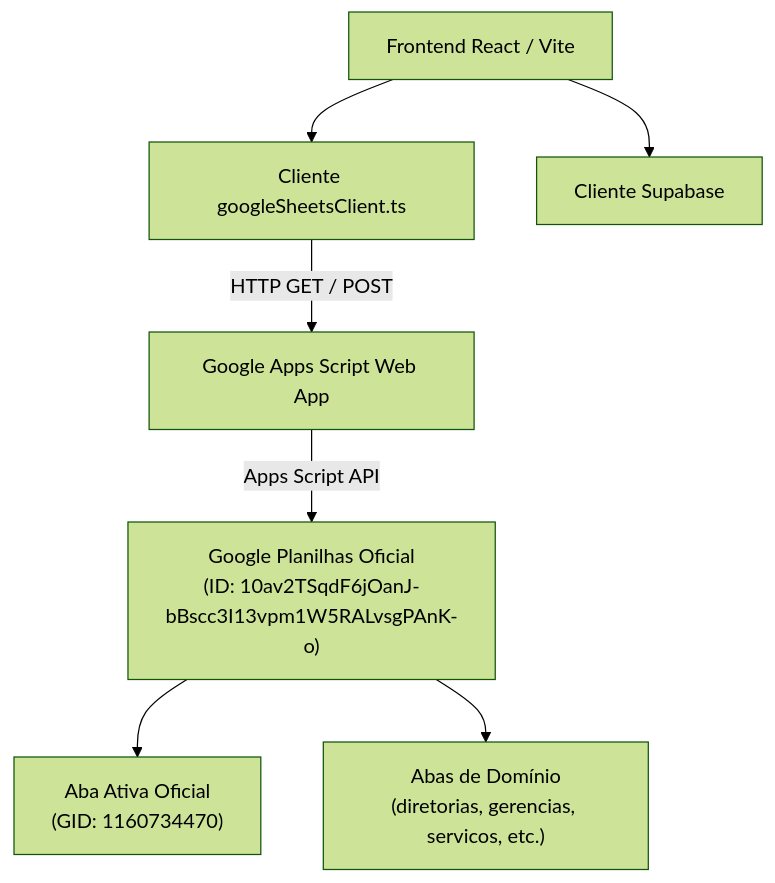
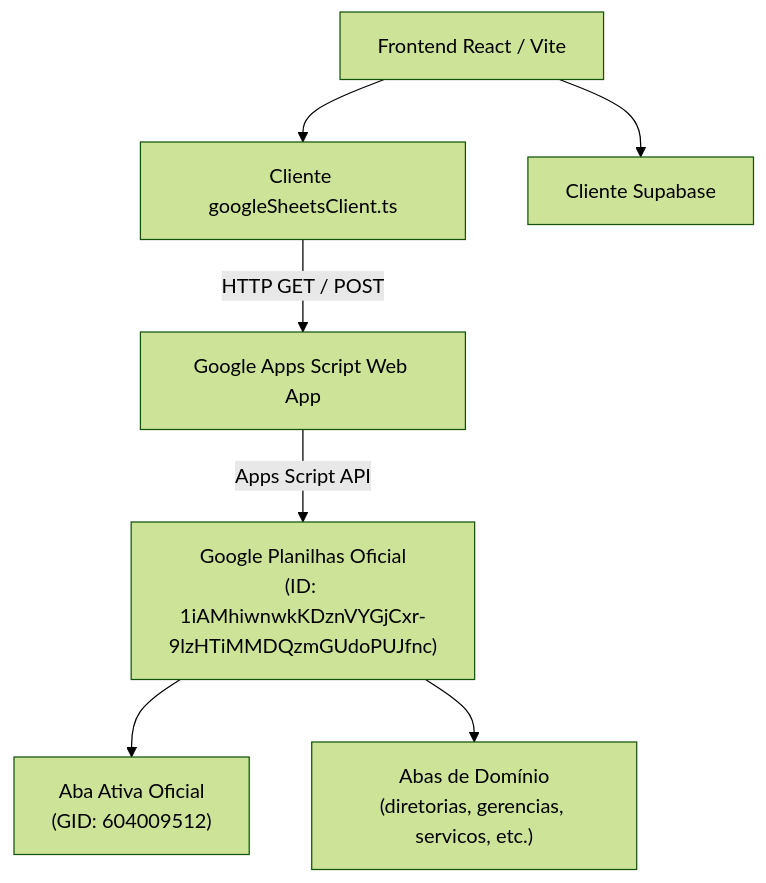
The diagram in ARQUITETURA_GOOGLE_PLANILHAS.md (lucas1994br/plano-anual-2027-oficial), drawn with Mermaid (forest theme) before and after one commit. The commit also changed other lines of this file and 6 other files, not shown here.

````diff
--- a/ARQUITETURA_GOOGLE_PLANILHAS.md
+++ b/ARQUITETURA_GOOGLE_PLANILHAS.md
@@ -22,9 +22,9 @@
 ```mermaid
 graph TD
     A[Frontend React / Vite] --> B[Cliente googleSheetsClient.ts]
     A --> C[Cliente Supabase]
     B -->|HTTP GET / POST| D[Google Apps Script Web App]
-    D -->|Apps Script API| E["Google Planilhas Oficial<br/>(ID: 10av2TSqdF6jOanJ-bBscc3I13vpm1W5RALvsgPAnK-o)"]
-    E --> F["Aba Ativa Oficial<br/>(GID: 1160734470)"]
+    D -->|Apps Script API| E["Google Planilhas Oficial<br/>(ID: 1iAMhiwnwkKDznVYGjCxr-9lzHTiMMDQzmGUdoPUJfnc)"]
+    E --> F["Aba Ativa Oficial<br/>(GID: 604009512)"]
     E --> G["Abas de Domínio<br/>(diretorias, gerencias, servicos, etc.)"]
 ```
````
